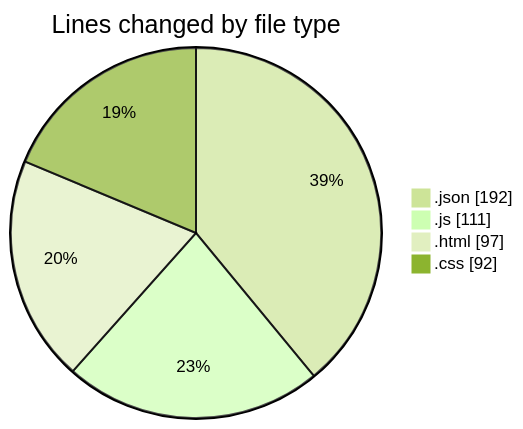
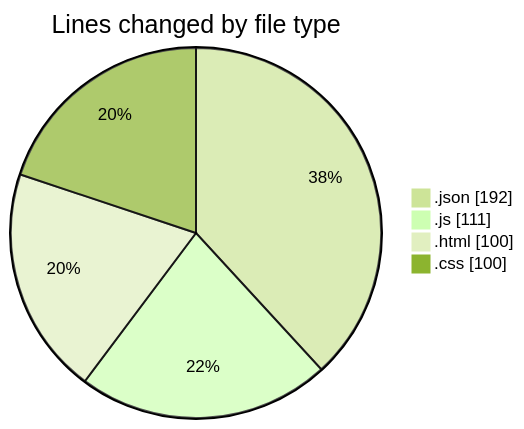
One commit to Ritupan-Deka/code-tracking changed the first of 2 diagrams in 2025-07-05/hidden_search_widget/README.md. Above: the diagram before and after it, drawn with Mermaid (forest theme). The commit also changed other lines of this file and 1 other file, not shown here.

````diff
--- a/2025-07-05/hidden_search_widget/README.md
+++ b/2025-07-05/hidden_search_widget/README.md
@@ -23,8 +23,8 @@
 ```mermaid
 pie showData
 title Lines changed by file type
 ".json" : 192
 ".js" : 111
-".html" : 97
-".css" : 92
+".html" : 100
+".css" : 100
 ```
````
